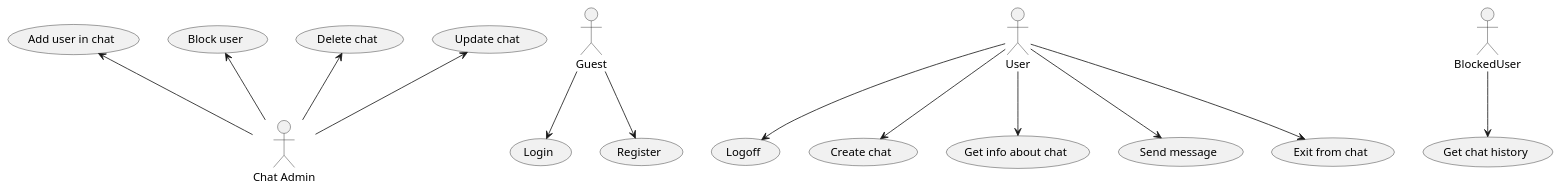
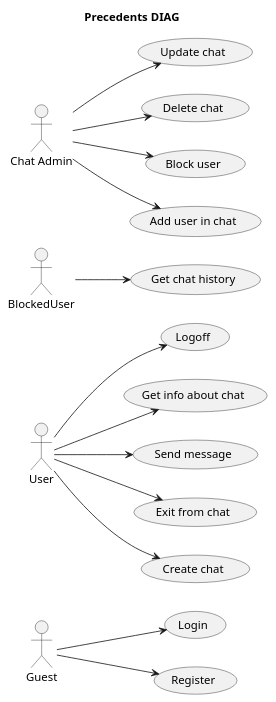
The diagram in project_for_evraz/docs/user_actions.puml (RewCrew/pet_project_simple_chat), drawn with PlantUML before and after one commit.

Commit message:
created dirs

```diff
--- a/project_for_evraz/docs/user_actions.puml
+++ b/project_for_evraz/docs/user_actions.puml
@@ -1,41 +1,43 @@
 @startuml
+title Precedents DIAG
+
 :Guest: as guest
 :User: as user
 :BlockedUser: as blocked_user
 :Chat Admin: as admin
 
-
+left to right direction
 
 (Login) as login
 (Register) as register
 (Logoff) as logoff
+
+(Get info about chat) as info
+(Send message) as send_message
+(Exit from chat) as exit
+(Get chat history) as history
 (Create chat) as cchat
 (Update chat) as uchat
 (Delete chat) as dchat
 (Block user) as buser
 (Add user in chat) as auser
-(Get info about chat) as info
-(Send message) as send_message
-(Exit from chat) as exit
-(Get chat history) as history
-
 
 guest-->login
 guest-->register
 
+
+user --> logoff
+user --> cchat
+user --> info
+user --> send_message
+user --> exit
+
+
+admin --> uchat
+admin --> dchat
+admin --> buser
+admin --> auser
+
 blocked_user-->history
 
-user -d-> logoff
-user -d-> cchat
-user -d-> info
-user -d-> send_message
-user -d-> exit
-
-
-admin -u-> uchat
-admin -u-> dchat
-admin -u-> buser
-admin -u-> auser
-
-
 @enduml
```
